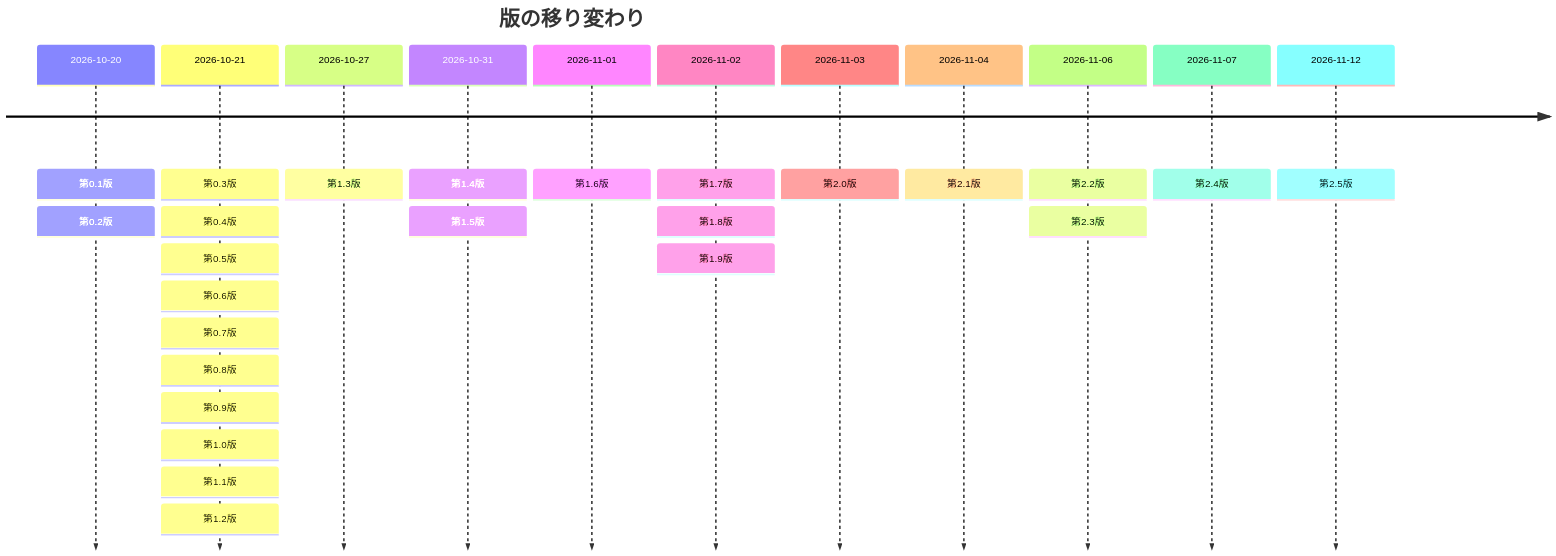
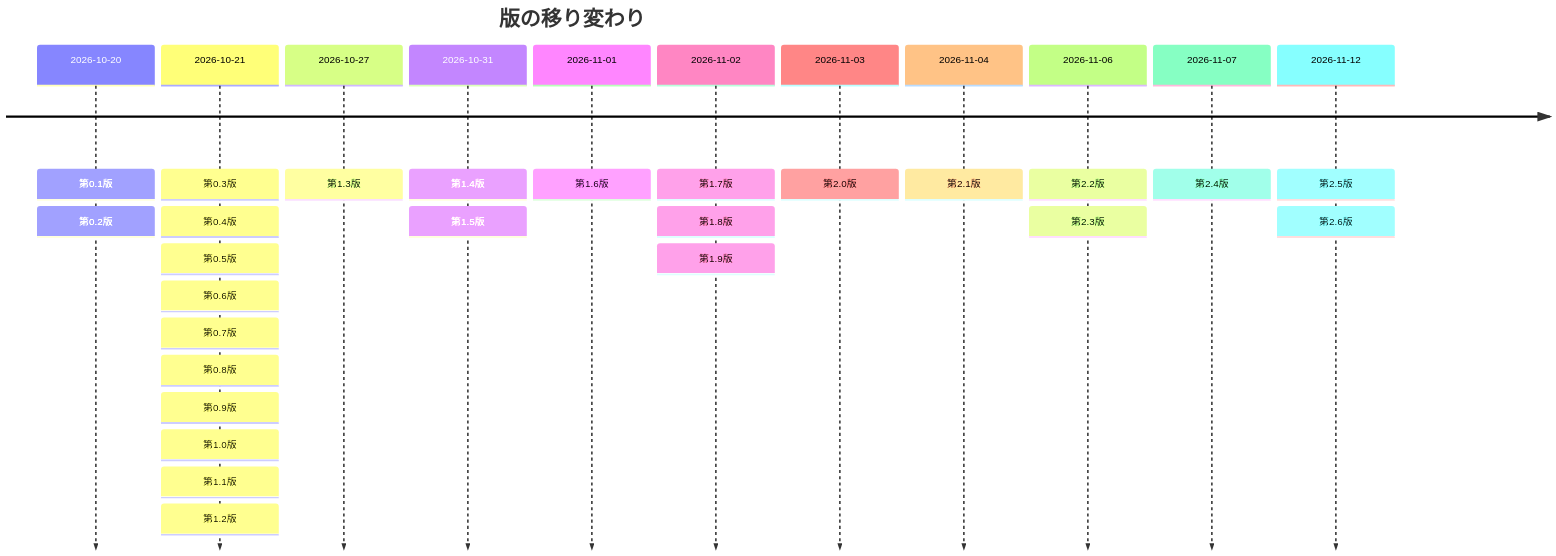
Before and after one commit to pocarialice/rpglearning: the fourth of 4 diagrams in documents/モジュールテスト仕様書_RPG学習アプリ.md, drawn with Mermaid. The commit also changed other lines of this file and 12 other files, not shown here.

````diff
--- a/documents/モジュールテスト仕様書_RPG学習アプリ.md
+++ b/documents/モジュールテスト仕様書_RPG学習アプリ.md
@@ -1582,15 +1621,15 @@
 ```mermaid
 timeline
   title 版の移り変わり
   2026-10-20 : 第0.1版 : 第0.2版
   2026-10-21 : 第0.3版 : 第0.4版 : 第0.5版 : 第0.6版 : 第0.7版 : 第0.8版 : 第0.9版 : 第1.0版 : 第1.1版 : 第1.2版
   2026-10-27 : 第1.3版
   2026-10-31 : 第1.4版 : 第1.5版
   2026-11-01 : 第1.6版
   2026-11-02 : 第1.7版 : 第1.8版 : 第1.9版
   2026-11-03 : 第2.0版
   2026-11-04 : 第2.1版
   2026-11-06 : 第2.2版 : 第2.3版
   2026-11-07 : 第2.4版
-  2026-11-12 : 第2.5版
+  2026-11-12 : 第2.5版 : 第2.6版
 ```
````
